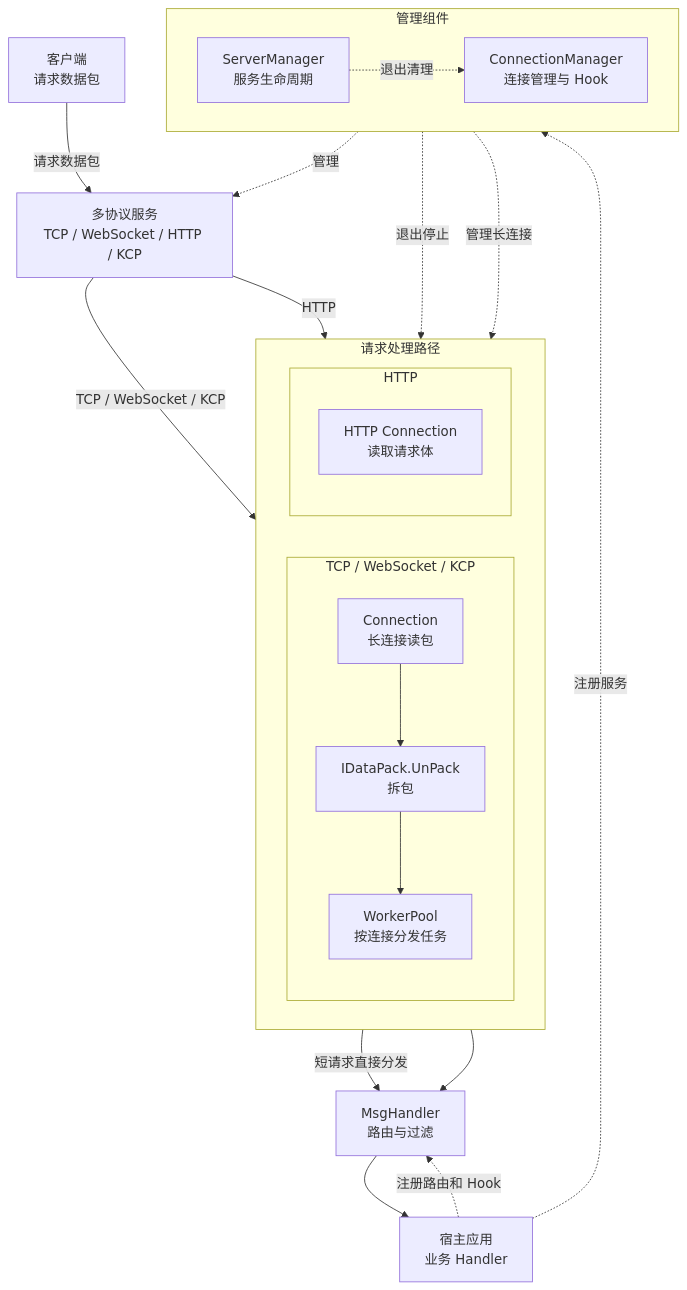
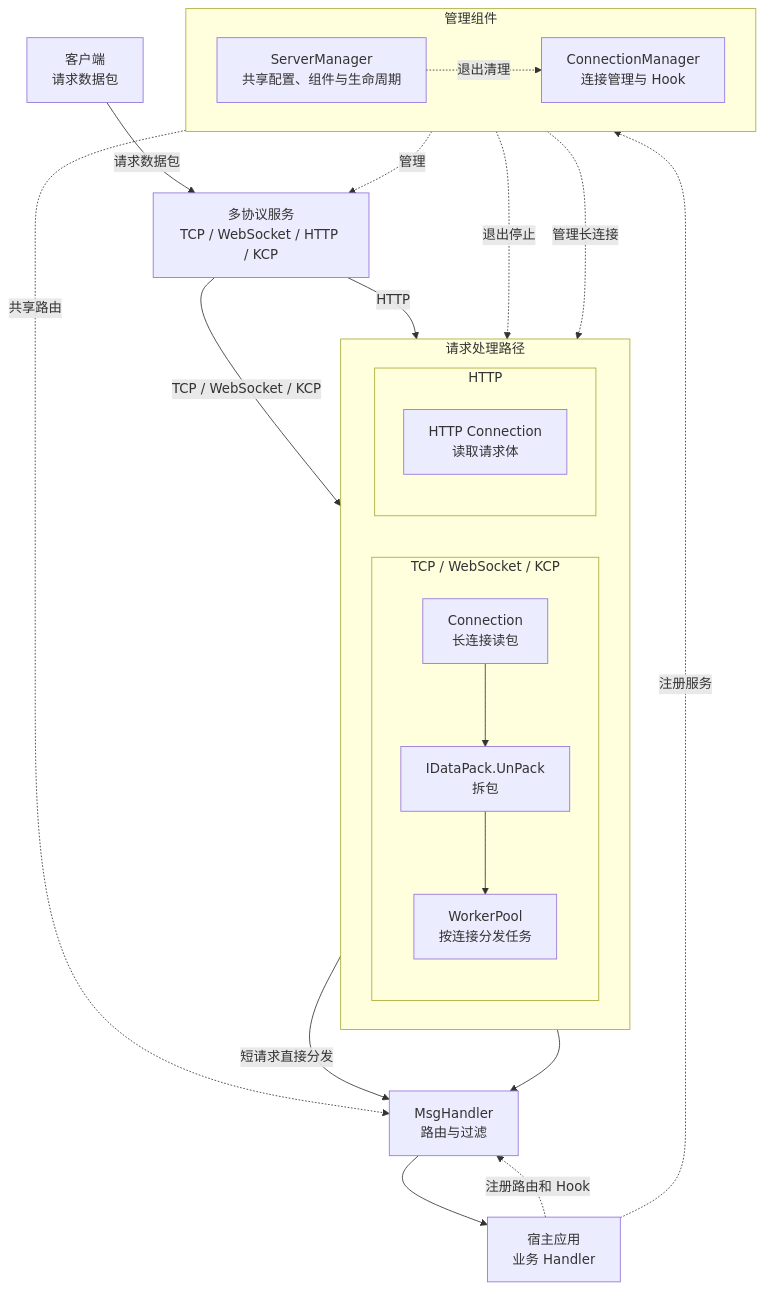
Before and after one commit to 451008604/nets: the diagram in README.md, drawn with Mermaid. The commit also changed other lines of this file and 2 other files, not shown here.

Commit message:
docs: describe manager contracts and add race checks to CI

````diff
--- a/README.md
+++ b/README.md
@@ -48,48 +48,49 @@
 ```mermaid
 flowchart TB
     Client["客户端<br/>请求数据包"]
     Protocol["多协议服务<br/>TCP / WebSocket / HTTP / KCP"]
 
     subgraph RequestPaths["请求处理路径"]
         direction LR
 
         subgraph LongPath["TCP / WebSocket / KCP"]
             direction TB
             LongConn["Connection<br/>长连接读包"]
             Unpack["IDataPack.UnPack<br/>拆包"]
             Workers["WorkerPool<br/>按连接分发任务"]
 
             LongConn --> Unpack
             Unpack --> Workers
         end
 
         subgraph HTTPPath["HTTP"]
             direction TB
             HTTPConn["HTTP Connection<br/>读取请求体"]
         end
     end
 
     MsgHandler["MsgHandler<br/>路由与过滤"]
     Host["宿主应用<br/>业务 Handler"]
 
     Client -->|"请求数据包"| Protocol
     Protocol -->|"TCP / WebSocket / KCP"| LongConn
     Protocol -->|"HTTP"| HTTPConn
 
     HTTPConn -->|"短请求直接分发"| MsgHandler
     Workers --> MsgHandler
     MsgHandler --> Host
 
     subgraph Managers["管理组件"]
         direction LR
-        ServerManager["ServerManager<br/>服务生命周期"]
+        ServerManager["ServerManager<br/>共享配置、组件与生命周期"]
         ConnManager["ConnectionManager<br/>连接管理与 Hook"]
     end
 
     Host -.->|"注册服务"| ServerManager
     Host -.->|"注册路由和 Hook"| MsgHandler
+    ServerManager -.->|"共享路由"| MsgHandler
     ServerManager -.->|"管理"| Protocol
     ServerManager -.->|"退出清理"| ConnManager
     ServerManager -.->|"退出停止"| Workers
     ConnManager -.->|"管理长连接"| LongConn
 ```
````
